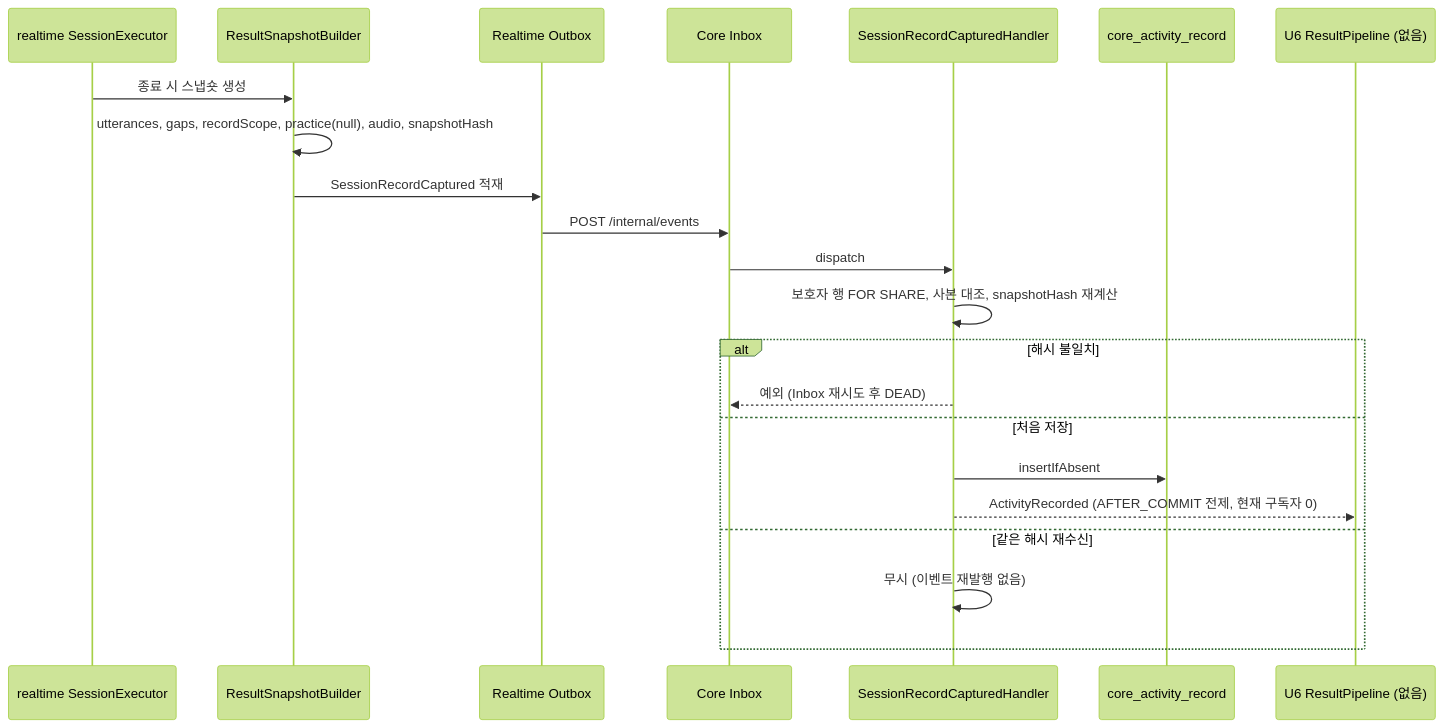
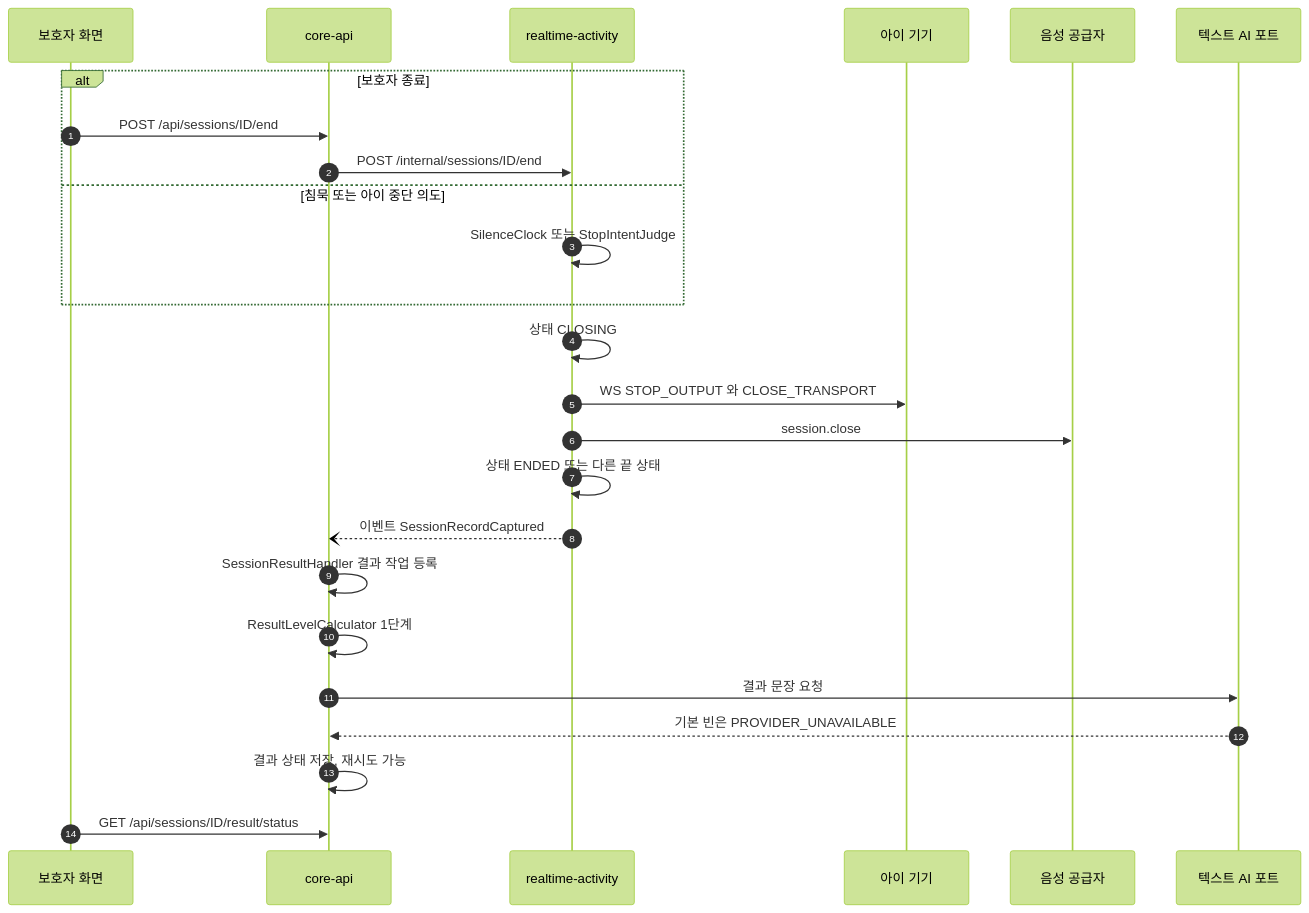
The third of 4 diagrams in aidlc/spaces/default/codekb/mujungi/architecture.md (team-jomyung/mujungi), drawn with Mermaid (forest theme) before and after one commit. The commit also changed other lines of this file and 138 other files, not shown here.

````diff
--- a/aidlc/spaces/default/codekb/mujungi/architecture.md
+++ b/aidlc/spaces/default/codekb/mujungi/architecture.md
@@ -93,25 +130,27 @@
 ```mermaid
 sequenceDiagram
-  participant RT as realtime SessionExecutor
-  participant RSB as ResultSnapshotBuilder
-  participant OB as Realtime Outbox
-  participant IN as Core Inbox
-  participant H as SessionRecordCapturedHandler
-  participant DB as core_activity_record
-  participant RP as U6 ResultPipeline (없음)
-
-  RT->>RSB: 종료 시 스냅숏 생성
-  RSB->>RSB: utterances, gaps, recordScope, practice(null), audio, snapshotHash
-  RSB->>OB: SessionRecordCaptured 적재
-  OB->>IN: POST /internal/events
-  IN->>H: dispatch
-  H->>H: 보호자 행 FOR SHARE, 사본 대조, snapshotHash 재계산
-  alt 해시 불일치
-    H-->>IN: 예외 (Inbox 재시도 후 DEAD)
-  else 처음 저장
-    H->>DB: insertIfAbsent
-    H-->>RP: ActivityRecorded (AFTER_COMMIT 전제, 현재 구독자 0)
-  else 같은 해시 재수신
-    H->>H: 무시 (이벤트 재발행 없음)
-  end
+    autonumber
+    participant P as 보호자 화면
+    participant C as core-api
+    participant R as realtime-activity
+    participant D as 아이 기기
+    participant V as 음성 공급자
+    participant T as 텍스트 AI 포트
+    alt 보호자 종료
+        P->>C: POST /api/sessions/ID/end
+        C->>R: POST /internal/sessions/ID/end
+    else 침묵 또는 아이 중단 의도
+        R->>R: SilenceClock 또는 StopIntentJudge
+    end
+    R->>R: 상태 CLOSING
+    R->>D: WS STOP_OUTPUT 와 CLOSE_TRANSPORT
+    R->>V: session.close
+    R->>R: 상태 ENDED 또는 다른 끝 상태
+    R--)C: 이벤트 SessionRecordCaptured
+    C->>C: SessionResultHandler 결과 작업 등록
+    C->>C: ResultLevelCalculator 1단계
+    C->>T: 결과 문장 요청
+    T-->>C: 기본 빈은 PROVIDER_UNAVAILABLE
+    C->>C: 결과 상태 저장, 재시도 가능
+    P->>C: GET /api/sessions/ID/result/status
 ```
````
